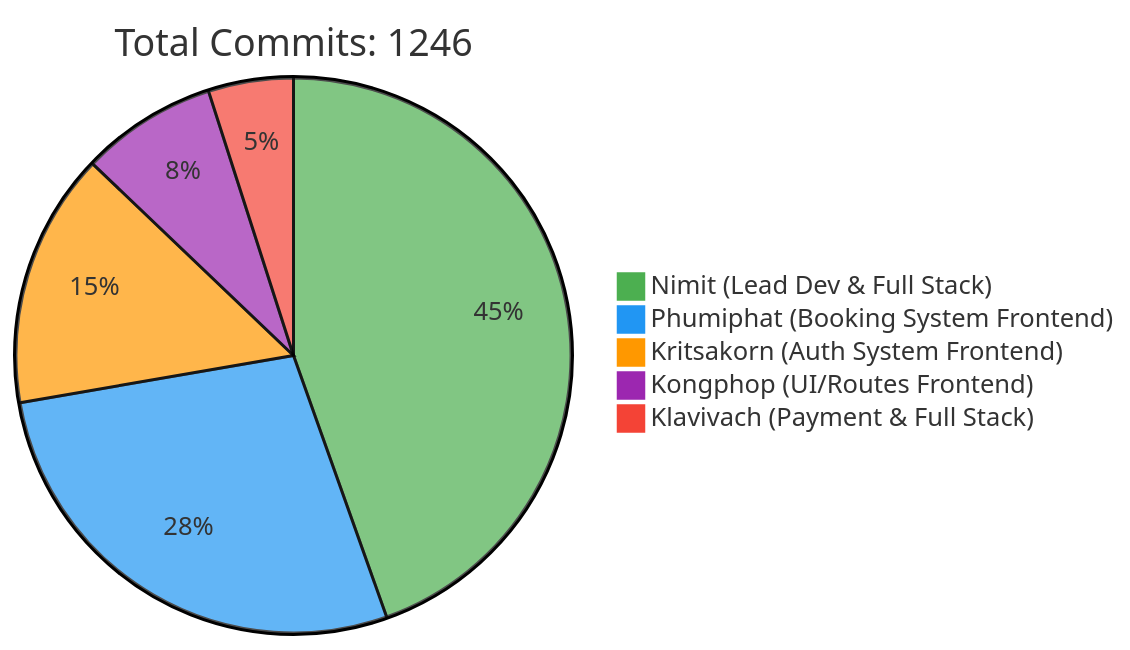
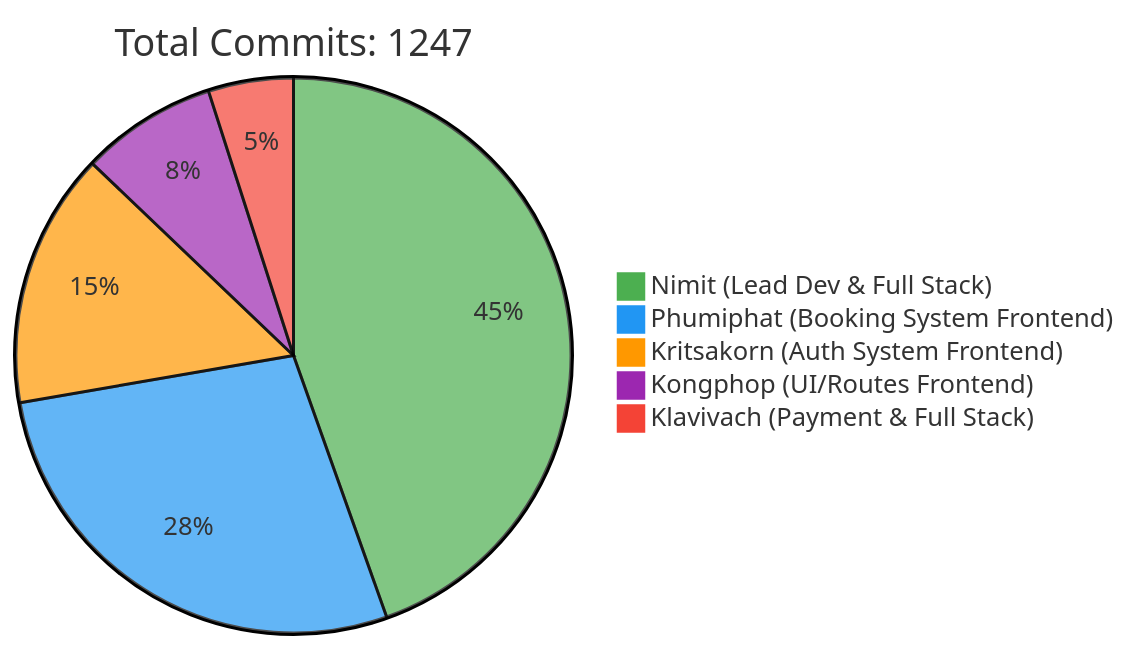
The first of 2 diagrams in README.md (6531503042/Sport-Complex), drawn with Mermaid before and after one commit. The commit also changed other lines of this file, not shown here.

Commit message:
docs: Update contributor statistics [skip ci]

````diff
--- a/README.md
+++ b/README.md
@@ -257,10 +257,10 @@
 ```mermaid
 %%{init: {'theme': 'base', 'themeVariables': { 'pie1': '#4CAF50', 'pie2': '#2196F3', 'pie3': '#FF9800', 'pie4': '#9C27B0', 'pie5': '#F44336'}}}%%
 pie
-    title Total Commits: 1246
+    title Total Commits: 1247
     "Nimit (Lead Dev & Full Stack)" : 450
     "Phumiphat (Booking System Frontend)" : 280
     "Kritsakorn (Auth System Frontend)" : 150
     "Kongphop (UI/Routes Frontend)" : 80
     "Klavivach (Payment & Full Stack)" : 50
 ```
````
